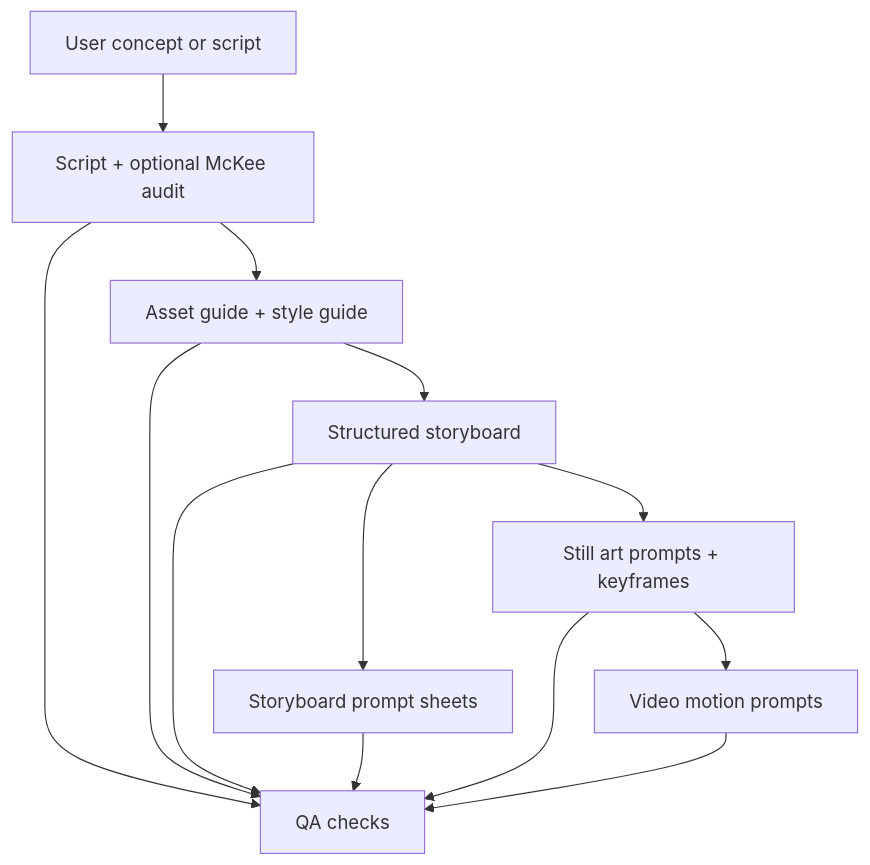
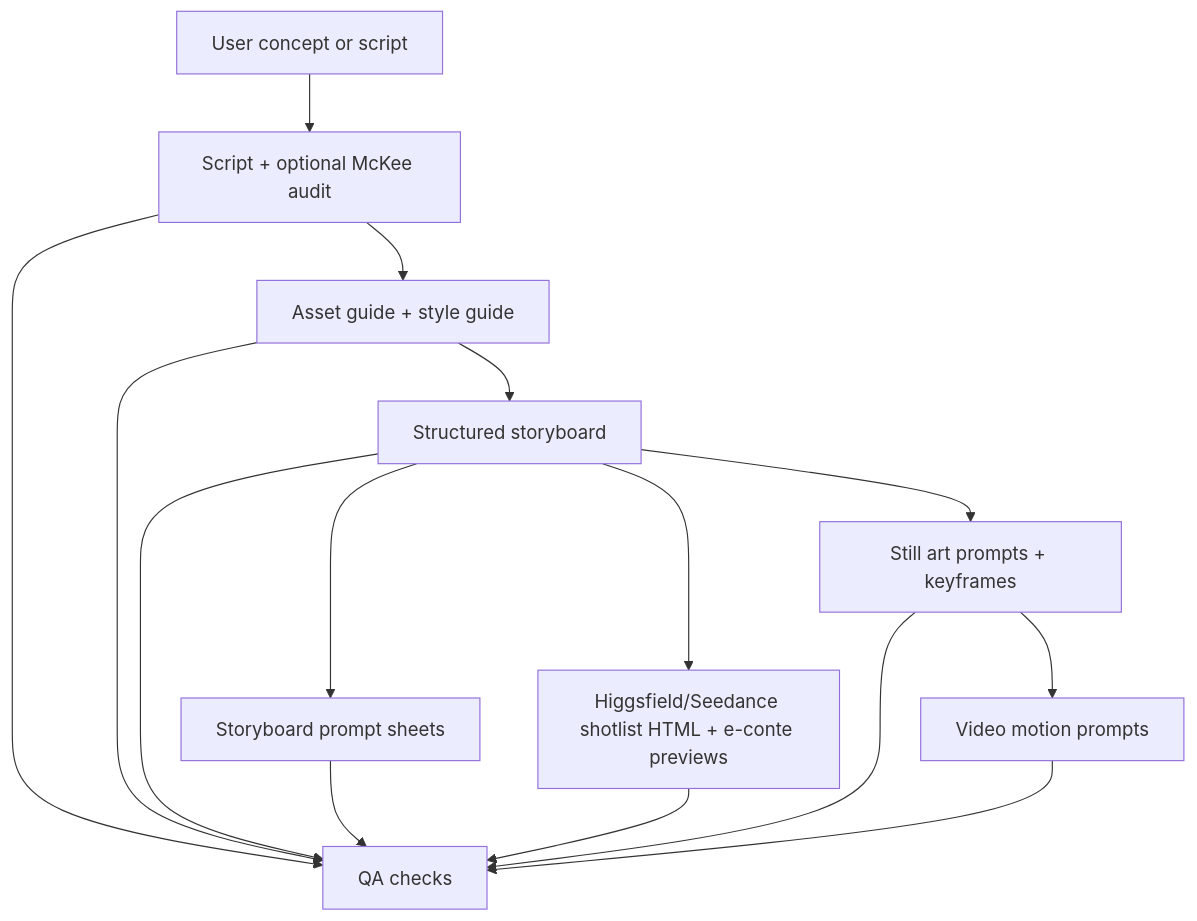
Before and after one commit to Leduc10492/my-ai-video-agent: the diagram in CODEX_REVIEW.md, drawn with Mermaid. The commit also changed other lines of this file and 22 other files, not shown here.

````diff
--- a/CODEX_REVIEW.md
+++ b/CODEX_REVIEW.md
@@ -25,15 +25,17 @@
 ```mermaid
 flowchart TD
     A["User concept or script"] --> B["Script + optional McKee audit"]
     B --> C["Asset guide + style guide"]
     C --> D["Structured storyboard"]
     D --> E["Storyboard prompt sheets"]
+    D --> S["Higgsfield/Seedance shotlist HTML + e-conte previews"]
     D --> F["Still art prompts + keyframes"]
     F --> G["Video motion prompts"]
     B --> H["QA checks"]
     C --> H
     D --> H
     E --> H
+    S --> H
     F --> H
     G --> H
 ```
````
